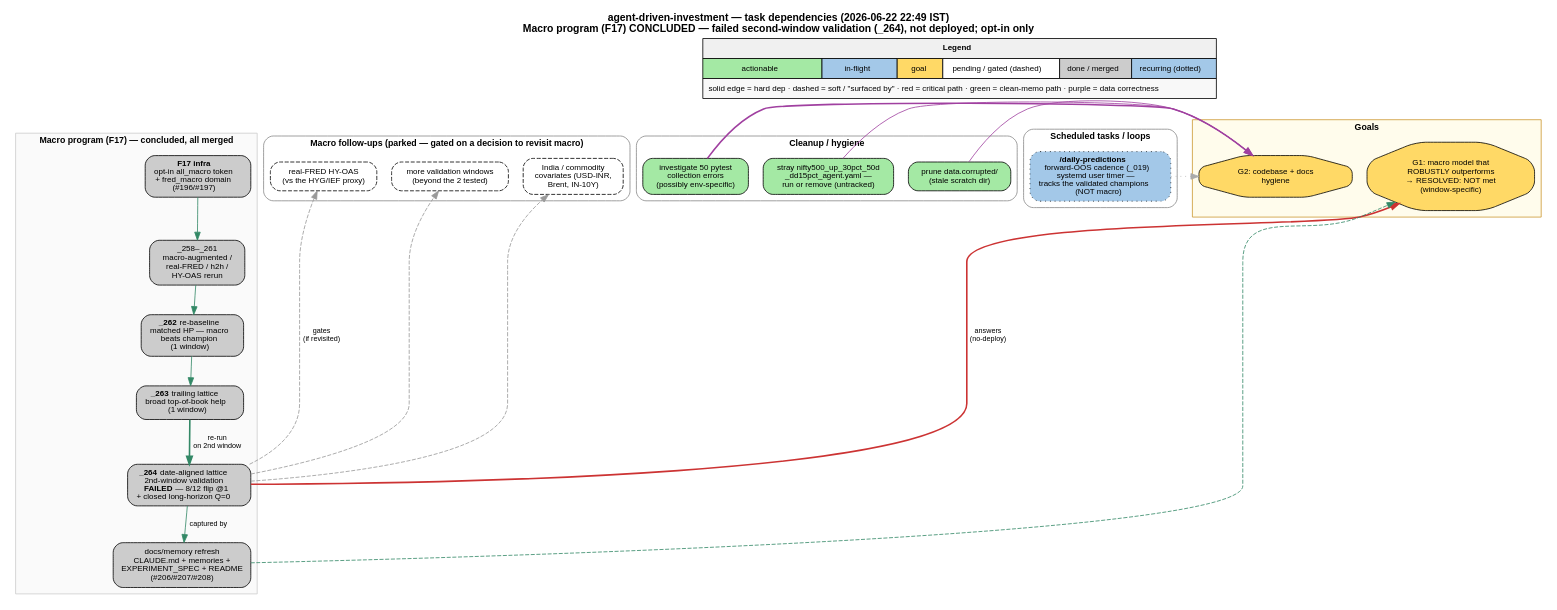
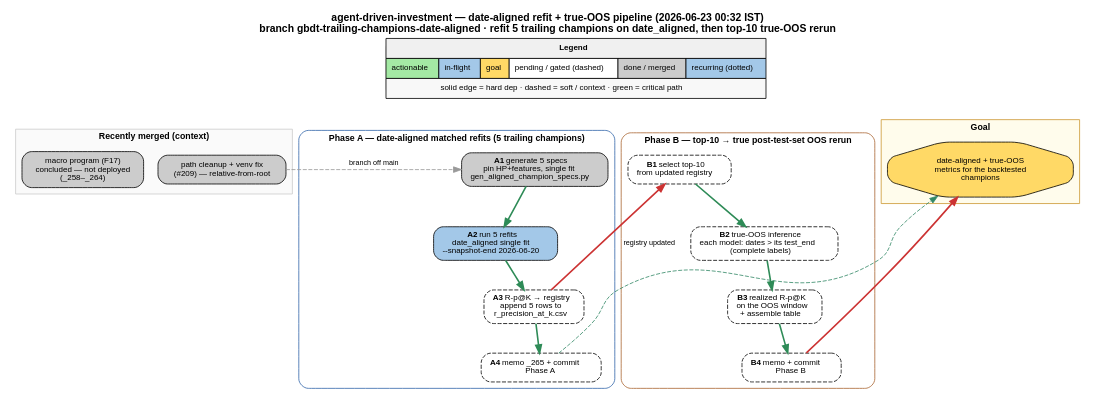
Before and after one commit to shayanrc/agent-driven-investment: the diagram in docs/task_dependencies.dot, drawn with Graphviz. The commit also changed 8 other files, not shown here.

First line of the commit message:
gbdt(date-aligned refit): pipeline graph + spec generator + 5 matched specs

```diff
--- a/docs/task_dependencies.dot
+++ b/docs/task_dependencies.dot
@@ -1,125 +1,87 @@
 digraph tasks {
   rankdir=TB;
   fontname="Helvetica";
   bgcolor="white";
   node [fontname="Helvetica", fontsize=10, shape=box, style="rounded,filled", margin="0.15,0.08"];
   edge [fontname="Helvetica", fontsize=9];
-  graph [labelloc="t", label="agent-driven-investment — task dependencies (2026-06-22 22:49 IST)\nMacro program (F17) CONCLUDED — failed second-window validation (_264), not deployed; opt-in only", fontsize=13, fontname="Helvetica-Bold"];
+  graph [labelloc="t", label="agent-driven-investment — date-aligned refit + true-OOS pipeline (2026-06-23 00:32 IST)\nbranch gbdt-trailing-champions-date-aligned · refit 5 trailing champions on date_aligned, then top-10 true-OOS rerun", fontsize=13, fontname="Helvetica-Bold"];
 
   // Legend in isolated top rank
   {
     rank=source;
     legend [shape=none, margin=0, label=<
       <TABLE BORDER="0" CELLBORDER="1" CELLSPACING="0" CELLPADDING="6">
         <TR><TD COLSPAN="6" BGCOLOR="#f0f0f0"><B>Legend</B></TD></TR>
         <TR>
           <TD BGCOLOR="#a4e9a4">actionable</TD>
           <TD BGCOLOR="#a3c8e8">in-flight</TD>
           <TD BGCOLOR="#ffd966">goal</TD>
           <TD BGCOLOR="#ffffff">pending / gated (dashed)</TD>
           <TD BGCOLOR="#cccccc">done / merged</TD>
           <TD BGCOLOR="#a3c8e8">recurring (dotted)</TD>
         </TR>
-        <TR><TD COLSPAN="6" BGCOLOR="#f8f8f8">solid edge = hard dep · dashed = soft / "surfaced by" · red = critical path · green = clean-memo path · purple = data correctness</TD></TR>
+        <TR><TD COLSPAN="6" BGCOLOR="#f8f8f8">solid edge = hard dep · dashed = soft / context · green = critical path</TD></TR>
       </TABLE>
     >];
   }
 
-  // Macro program — concluded (done cluster)
-  subgraph cluster_macro {
-    label = "Macro program (F17) — concluded, all merged";
-    style = "filled";
-    fillcolor = "#fafafa";
-    color = "#cccccc";
-    fontname = "Helvetica-Bold";
-    fontsize = 11;
-
-    m_infra [label=<<B>F17 infra</B><BR/>opt-in all_macro token<BR/>+ fred_macro domain<BR/>(#196/#197)>, fillcolor="#cccccc"];
-    m_258 [label="_258–_261\nmacro-augmented /\nreal-FRED / h2h /\nHY-OAS rerun", fillcolor="#cccccc"];
-    m_262 [label=<<B>_262</B> re-baseline<BR/>matched HP — macro<BR/>beats champion<BR/>(1 window)>, fillcolor="#cccccc"];
-    m_263 [label=<<B>_263</B> trailing lattice<BR/>broad top-of-book help<BR/>(1 window)>, fillcolor="#cccccc"];
-    m_264 [label=<<B>_264</B> date-aligned lattice<BR/>2nd-window validation<BR/><B>FAILED</B> — 8/12 flip @1<BR/>+ closed long-horizon Q=0>, fillcolor="#cccccc"];
-    m_docs [label="docs/memory refresh\nCLAUDE.md + memories +\nEXPERIMENT_SPEC + README\n(#206/#207/#208)", fillcolor="#cccccc"];
+  // Recently merged (context)
+  subgraph cluster_done {
+    label = "Recently merged (context)";
+    style = "filled"; fillcolor = "#fafafa"; color = "#cccccc";
+    fontname = "Helvetica-Bold"; fontsize = 11;
+    macro [label="macro program (F17)\nconcluded — not deployed\n(_258–_264)", fillcolor="#cccccc"];
+    paths [label="path cleanup + venv fix\n(#209) — relative-from-root", fillcolor="#cccccc"];
   }
 
-  // Macro follow-ups — parked / optional
-  subgraph cluster_followups {
-    label = "Macro follow-ups (parked — gated on a decision to revisit macro)";
-    style = "rounded";
-    color = "#888888";
-    fontname = "Helvetica-Bold";
-    fontsize = 11;
-
-    f_hyoas [label="real-FRED HY-OAS\n(vs the HYG/IEF proxy)", fillcolor="#ffffff", style="rounded,filled,dashed"];
-    f_windows [label="more validation windows\n(beyond the 2 tested)", fillcolor="#ffffff", style="rounded,filled,dashed"];
-    f_india [label="India / commodity\ncovariates (USD-INR,\nBrent, IN-10Y)", fillcolor="#ffffff", style="rounded,filled,dashed"];
+  // Phase A — date-aligned matched refits
+  subgraph cluster_A {
+    label = "Phase A — date-aligned matched refits (5 trailing champions)";
+    style = "rounded"; color = "#3366aa"; fontname = "Helvetica-Bold"; fontsize = 11;
+    A1 [label=<<B>A1</B> generate 5 specs<BR/>pin HP+features, single fit<BR/>gen_aligned_champion_specs.py>, fillcolor="#cccccc"];
+    A2 [label=<<B>A2</B> run 5 refits<BR/>date_aligned single fit<BR/>--snapshot-end 2026-06-20>, fillcolor="#a3c8e8"];
+    A3 [label=<<B>A3</B> R-p@K &rarr; registry<BR/>append 5 rows to<BR/>r_precision_at_k.csv>, fillcolor="#ffffff", style="rounded,filled,dashed"];
+    A4 [label=<<B>A4</B> memo _265 + commit<BR/>Phase A>, fillcolor="#ffffff", style="rounded,filled,dashed"];
   }
 
-  // Cleanup / hygiene
-  subgraph cluster_cleanup {
-    label = "Cleanup / hygiene";
-    style = "rounded";
-    color = "#888888";
-    fontname = "Helvetica-Bold";
-    fontsize = 11;
-
-    c_corrupt [label="prune data.corrupted/\n(stale scratch dir)", fillcolor="#a4e9a4"];
-    c_spec [label="stray nifty500_up_30pct_50d\n_dd15pct_agent.yaml —\nrun or remove (untracked)", fillcolor="#a4e9a4"];
-    c_tests [label="investigate 50 pytest\ncollection errors\n(possibly env-specific)", fillcolor="#a4e9a4"];
+  // Phase B — top-10 true-OOS rerun
+  subgraph cluster_B {
+    label = "Phase B — top-10 &rarr; true post-test-set OOS rerun";
+    style = "rounded"; color = "#aa6633"; fontname = "Helvetica-Bold"; fontsize = 11;
+    B1 [label=<<B>B1</B> select top-10<BR/>from updated registry>, fillcolor="#ffffff", style="rounded,filled,dashed"];
+    B2 [label=<<B>B2</B> true-OOS inference<BR/>each model: dates &gt; its test_end<BR/>(complete labels)>, fillcolor="#ffffff", style="rounded,filled,dashed"];
+    B3 [label=<<B>B3</B> realized R-p@K<BR/>on the OOS window<BR/>+ assemble table>, fillcolor="#ffffff", style="rounded,filled,dashed"];
+    B4 [label=<<B>B4</B> memo + commit<BR/>Phase B>, fillcolor="#ffffff", style="rounded,filled,dashed"];
   }
 
-  // Scheduled / recurring
-  subgraph cluster_recurring {
-    label = "Scheduled tasks / loops";
-    style = "rounded";
-    color = "#888888";
-    fontname = "Helvetica-Bold";
-    fontsize = 11;
-
-    r_daily [label=<<B>/daily-predictions</B><BR/>forward-OOS cadence (_019)<BR/>systemd user timer —<BR/>tracks the validated champions<BR/>(NOT macro)>, fillcolor="#a3c8e8", style="rounded,filled,dotted"];
+  // Goal
+  subgraph cluster_goal {
+    label = "Goal"; style = "filled"; fillcolor = "#fffcec"; color = "#cc9933";
+    fontname = "Helvetica-Bold"; fontsize = 11;
+    G [label="date-aligned + true-OOS\nmetrics for the backtested\nchampions", fillcolor="#ffd966", shape=octagon];
   }
 
-  // Goals
-  subgraph cluster_goals {
-    label = "Goals";
-    style = "filled";
-    fillcolor = "#fffcec";
-    color = "#cc9933";
-    fontname = "Helvetica-Bold";
-    fontsize = 11;
+  // Legend centering anchors
+  legend -> macro [style="invis", weight=100];
+  legend -> A1 [style="invis", weight=100];
+  legend -> B1 [style="invis", weight=100];
+  legend -> G  [style="invis", weight=100];
 
-    g_macro [label="G1: macro model that\nROBUSTLY outperforms\n→ RESOLVED: NOT met\n(window-specific)", fillcolor="#ffd966", shape=octagon];
-    g_hygiene [label="G2: codebase + docs\nhygiene", fillcolor="#ffd966", shape=octagon];
-  }
+  // context -> start (soft)
+  paths -> A1 [style="dashed", color="#999999", label="branch off main"];
 
-  // Invisible anchor edges (legend → cluster tops) — center the legend
-  legend -> m_infra [style="invis", weight=100];
-  legend -> f_hyoas [style="invis", weight=100];
-  legend -> c_corrupt [style="invis", weight=100];
-  legend -> r_daily [style="invis", weight=100];
-  legend -> g_macro [style="invis", weight=100];
+  // Phase A critical path
+  A1 -> A2 [color="#2e8b57", penwidth=2];
+  A2 -> A3 [color="#2e8b57", penwidth=2];
+  A3 -> A4 [color="#2e8b57", penwidth=2];
 
-  // Macro program flow (clean-memo path, green)
-  m_infra -> m_258 [color="#338866"];
-  m_258 -> m_262 [color="#338866"];
-  m_262 -> m_263 [color="#338866"];
-  m_263 -> m_264 [color="#338866", penwidth=2, label="re-run\non 2nd window"];
-  m_264 -> m_docs [color="#338866", label="captured by"];
+  // A3 gates Phase B (registry must be updated before top-10 select)
+  A3 -> B1 [color="#cc3333", penwidth=2, label="registry updated"];
+  B1 -> B2 [color="#2e8b57", penwidth=2];
+  B2 -> B3 [color="#2e8b57", penwidth=2];
+  B3 -> B4 [color="#2e8b57", penwidth=2];
 
-  // Conclusion → goal (resolved)
-  m_264 -> g_macro [color="#cc3333", penwidth=2, label="answers\n(no-deploy)"];
-  m_docs -> g_macro [style="dashed", color="#338866"];
-
-  // Concluded program gates the parked follow-ups (only if macro is revisited)
-  m_264 -> f_hyoas [style="dashed", color="#999999", label="gates\n(if revisited)"];
-  m_264 -> f_windows [style="dashed", color="#999999"];
-  m_264 -> f_india [style="dashed", color="#999999"];
-
-  // Cleanup → hygiene goal
-  c_corrupt -> g_hygiene [color="#a040a0"];
-  c_spec -> g_hygiene [color="#a040a0"];
-  c_tests -> g_hygiene [color="#a040a0", penwidth=2];
-
-  // Recurring supervises the deployed pipeline (dotted)
-  r_daily -> g_hygiene [style="dotted", color="#aaaaaa"];
+  // -> goal
+  A4 -> G [style="dashed", color="#338866"];
+  B4 -> G [color="#cc3333", penwidth=2];
 }
```
